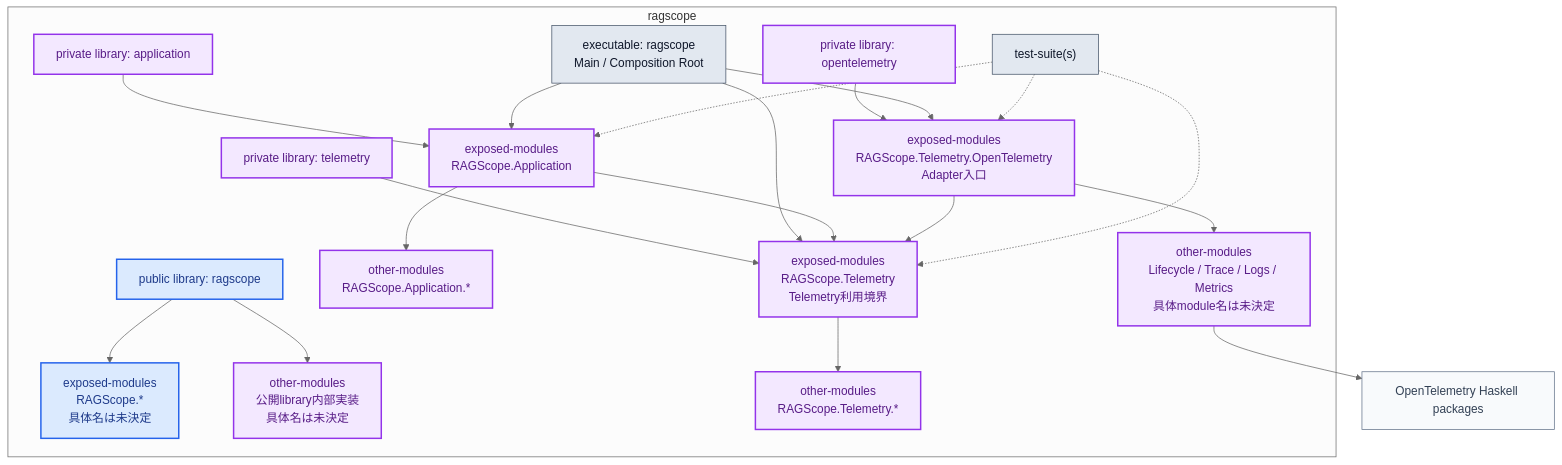
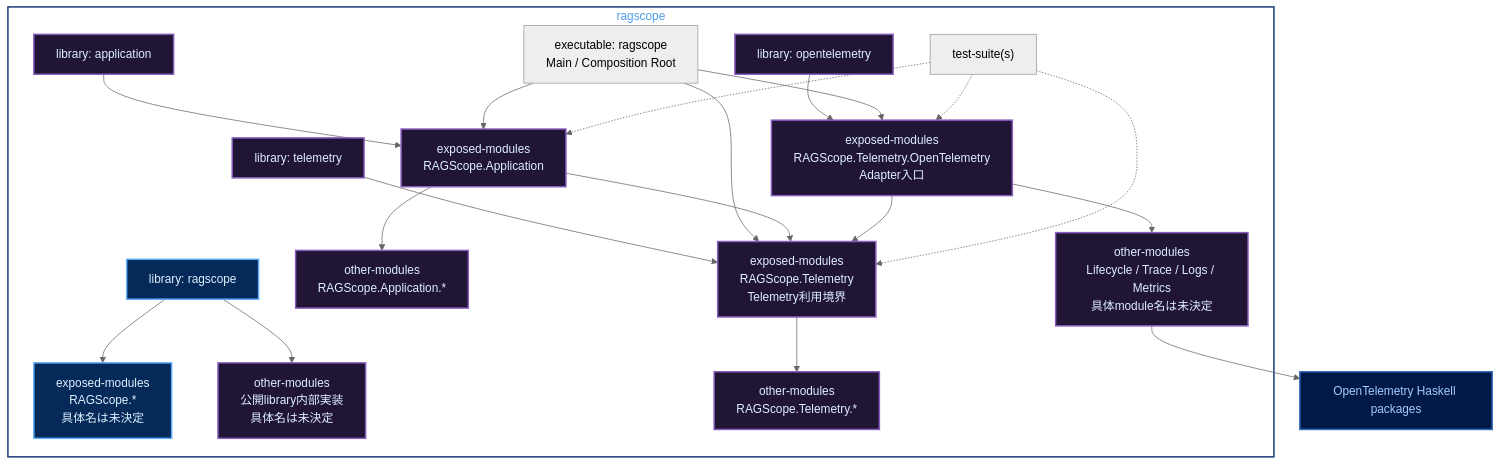
Before and after one commit to takashit16833/Workbench: the first of 2 diagrams in Notes/RAGScope/RAGScopeアプリケーション/RS-0024 Haskellライブラリ・モジュールマップ.md, drawn with Mermaid (neutral theme). The commit also changed other lines of this file, not shown here.

Commit message:
notes: align RS-0024 Mermaid colors

````diff
--- a/Notes/RAGScope/RAGScopeアプリケーション/RS-0024 Haskellライブラリ・モジュールマップ.md
+++ b/Notes/RAGScope/RAGScopeアプリケーション/RS-0024 Haskellライブラリ・モジュールマップ.md
@@ -17,50 +17,50 @@
 ```mermaid
 flowchart TB
     subgraph PKG["ragscope"]
-        PUBLIB["public library: ragscope"]:::public
+        PUBLIB["library: ragscope"]:::public
         PUBEX["exposed-modules<br/>RAGScope.*<br/>具体名は未決定"]:::public
         PUBOTHER["other-modules<br/>公開library内部実装<br/>具体名は未決定"]:::private
         PUBLIB --> PUBEX
         PUBLIB --> PUBOTHER
 
-        APPLIB["private library: application"]:::private
+        APPLIB["library: application"]:::private
         APPAPI["exposed-modules<br/>RAGScope.Application"]:::private
         APPOTHER["other-modules<br/>RAGScope.Application.*"]:::private
         APPLIB --> APPAPI
         APPAPI --> APPOTHER
 
-        TELLIB["private library: telemetry"]:::private
+        TELLIB["library: telemetry"]:::private
         TELAPI["exposed-modules<br/>RAGScope.Telemetry<br/>Telemetry利用境界"]:::private
         TELOTHER["other-modules<br/>RAGScope.Telemetry.*"]:::private
         TELLIB --> TELAPI
         TELAPI --> TELOTHER
 
-        OTELLIB["private library: opentelemetry"]:::private
+        OTELLIB["library: opentelemetry"]:::private
         OTELAPI["exposed-modules<br/>RAGScope.Telemetry.OpenTelemetry<br/>Adapter入口"]:::private
         OTELOTHER["other-modules<br/>Lifecycle / Trace / Logs / Metrics<br/>具体module名は未決定"]:::private
         OTELLIB --> OTELAPI
         OTELAPI --> OTELOTHER
 
-        MAIN["executable: ragscope<br/>Main / Composition Root"]:::runtime
-        TEST["test-suite(s)"]:::runtime
+        MAIN["executable: ragscope<br/>Main / Composition Root"]
+        TEST["test-suite(s)"]
 
         MAIN --> APPAPI
         MAIN --> TELAPI
         MAIN --> OTELAPI
 
         APPAPI --> TELAPI
         OTELAPI --> TELAPI
 
         TEST -.-> APPAPI
         TEST -.-> TELAPI
         TEST -.-> OTELAPI
     end
 
     OTELPKG["OpenTelemetry Haskell packages"]:::external
     OTELOTHER --> OTELPKG
 
-    classDef public fill:#dbeafe,stroke:#2563eb,color:#1e3a8a,stroke-width:2px;
-    classDef private fill:#f3e8ff,stroke:#9333ea,color:#581c87,stroke-width:2px;
-    classDef external fill:#f8fafc,stroke:#64748b,color:#334155,stroke-width:1px;
-    classDef runtime fill:#e2e8f0,stroke:#475569,color:#0f172a,stroke-width:1px;
+    classDef public fill:#052A59,stroke:#5EAFFF,color:#DDF0FF,stroke-width:2px
+    classDef private fill:#211536,stroke:#8A5EC0,color:#DDF0FF,stroke-width:2px
+    classDef external fill:#001947,stroke:#316CBD,color:#A6CAFF,stroke-width:2px
+    style PKG fill:transparent,stroke:#153A75,color:#4C9EEB,stroke-width:2px
 ```
````
